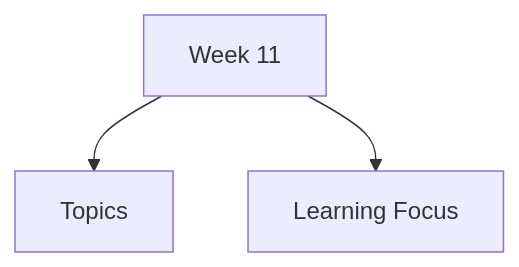
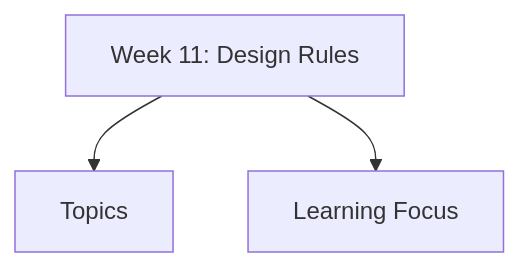
Before and after one commit to abdulahshoaib/ahci: the diagram in content/docs/week-11/_index.md, drawn with Mermaid. The commit also changed other lines of this file and 10 other files, not shown here.

````diff
--- a/content/docs/week-11/_index.md
+++ b/content/docs/week-11/_index.md
@@ -11,6 +12,6 @@
 ```mermaid
 flowchart TD
-    T["Week 11"]
+    T["Week 11: Design Rules"]
     T --> S1["Topics"]
     T --> S2["Learning Focus"]
 ```
````
